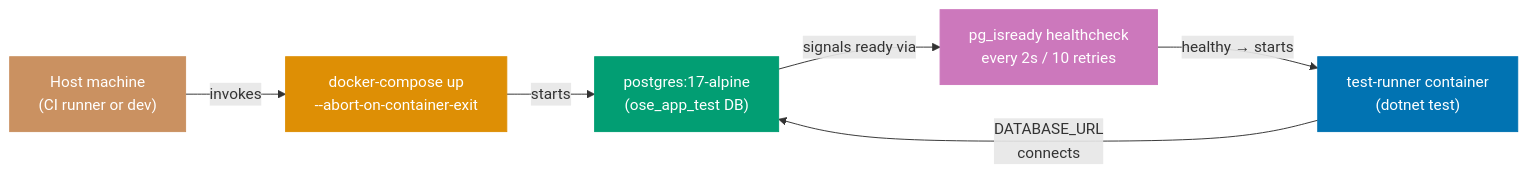
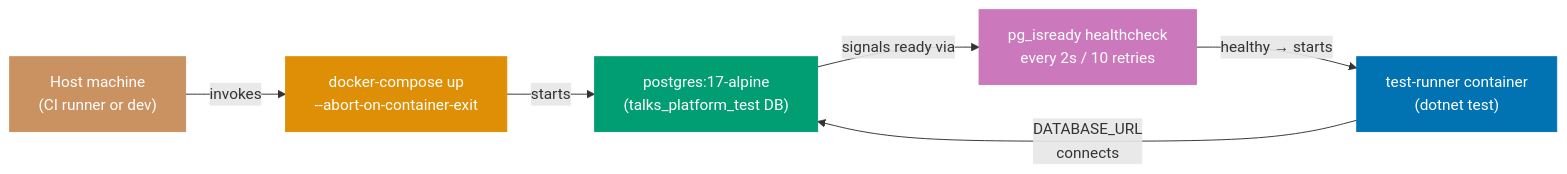
One commit to wahidyankf/open-sharia-enterprise changed the diagram in apps/ayokoding-web/content/en/learn/software-engineering/architecture/ddd-hexagonal-in-practice/fp-in-the-field/advanced.md. Above: the diagram before and after it, drawn with Mermaid. The commit also changed other lines of this file and 11 other files, not shown here.

````diff
--- a/apps/ayokoding-web/content/en/learn/software-engineering/architecture/ddd-hexagonal-in-practice/fp-in-the-field/advanced.md
+++ b/apps/ayokoding-web/content/en/learn/software-engineering/architecture/ddd-hexagonal-in-practice/fp-in-the-field/advanced.md
@@ -138,20 +136,20 @@
 ```mermaid
 flowchart LR
     host["Host machine\n(CI runner or dev)"]:::brown
     compose["docker-compose up\n--abort-on-container-exit"]:::orange
-    pg["postgres:17-alpine\n(ose_app_test DB)"]:::teal
+    pg["postgres:17-alpine\n(talks_platform_test DB)"]:::teal
     runner["test-runner container\n(dotnet test)"]:::blue
     hc["pg_isready healthcheck\nevery 2s / 10 retries"]:::purple
 
     host -->|"invokes"| compose
     compose -->|"starts"| pg
     pg -->|"signals ready via"| hc
     hc -->|"healthy → starts"| runner
     runner -->|"DATABASE_URL\nconnects"| pg
 
     classDef brown fill:#CA9161,color:#fff,stroke:#CA9161
     classDef orange fill:#DE8F05,color:#fff,stroke:#DE8F05
     classDef teal fill:#029E73,color:#fff,stroke:#029E73
     classDef blue fill:#0173B2,color:#fff,stroke:#0173B2
     classDef purple fill:#CC78BC,color:#fff,stroke:#CC78BC
 ```
````
